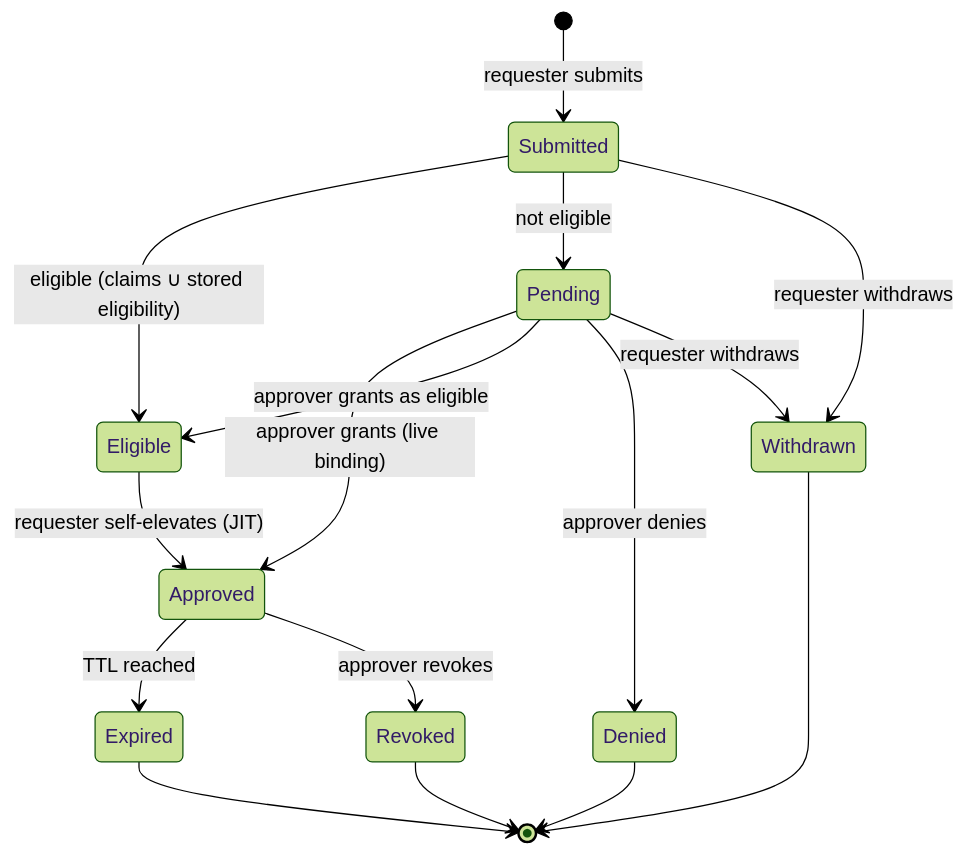
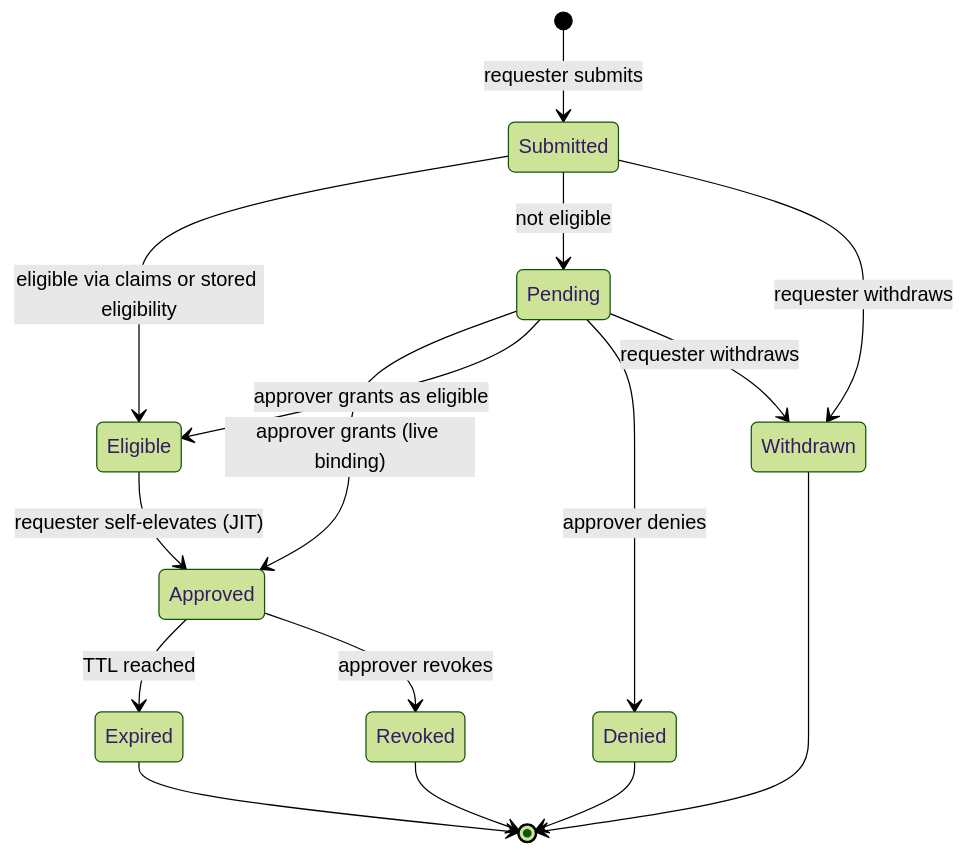
The fourth of 4 diagrams in docs/arazzo/guides/auth-and-authorization.md (corvus-dotnet/Corvus.JsonSchema), drawn with Mermaid (forest theme) before and after one commit. The commit also changed other lines of this file, not shown here.

First line of the commit message:
Docs campaign: harden the auth-guide mermaid diagrams for rendering

````diff
--- a/docs/arazzo/guides/auth-and-authorization.md
+++ b/docs/arazzo/guides/auth-and-authorization.md
@@ -190,18 +187,18 @@
 ```mermaid
 stateDiagram-v2
     [*] --> Submitted: requester submits
-    Submitted --> Eligible: eligible (claims ∪ stored eligibility)
+    Submitted --> Eligible: eligible via claims or stored eligibility
     Submitted --> Pending: not eligible
     Pending --> Approved: approver grants (live binding)
     Pending --> Eligible: approver grants as eligible
     Pending --> Denied: approver denies
     Submitted --> Withdrawn: requester withdraws
     Pending --> Withdrawn: requester withdraws
     Eligible --> Approved: requester self-elevates (JIT)
     Approved --> Expired: TTL reached
     Approved --> Revoked: approver revokes
     Denied --> [*]
     Withdrawn --> [*]
     Expired --> [*]
     Revoked --> [*]
 ```
````
